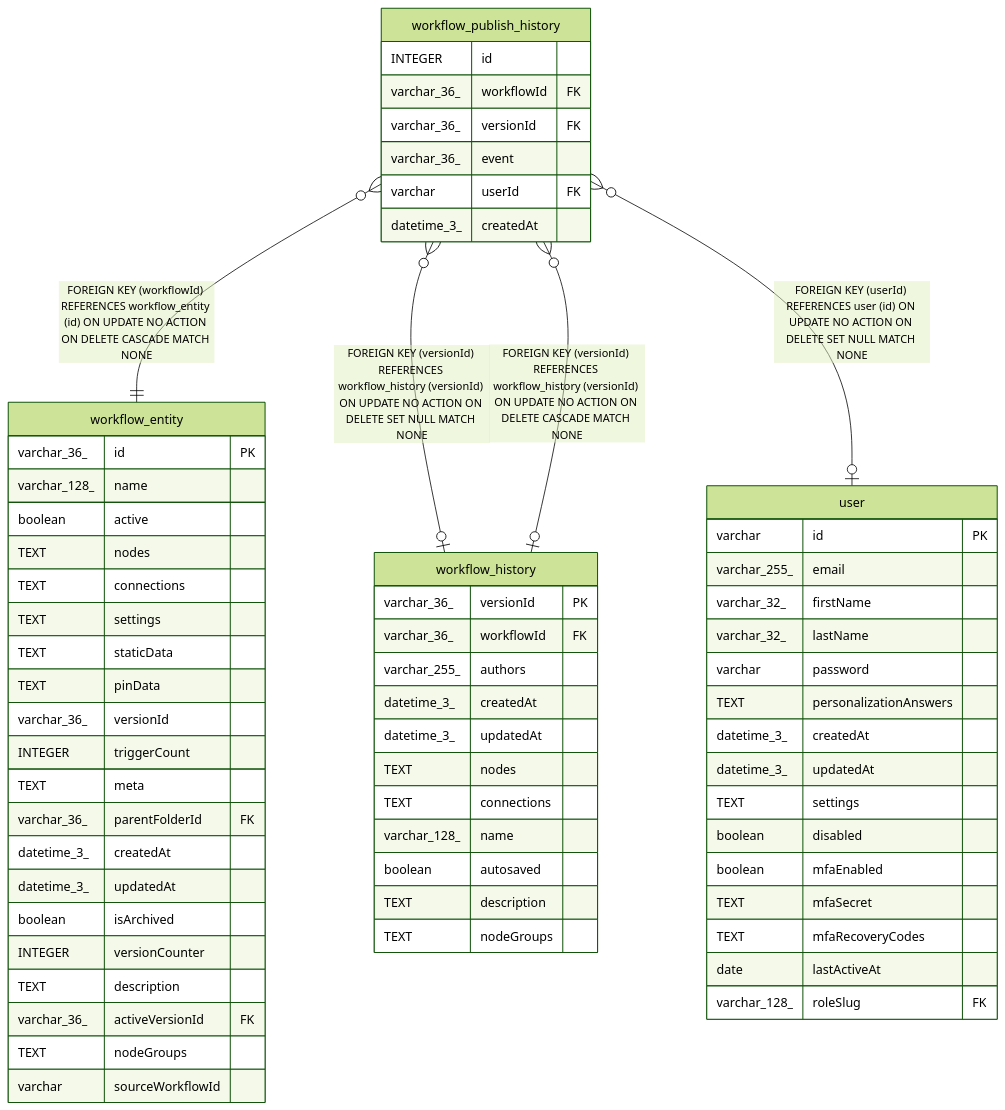
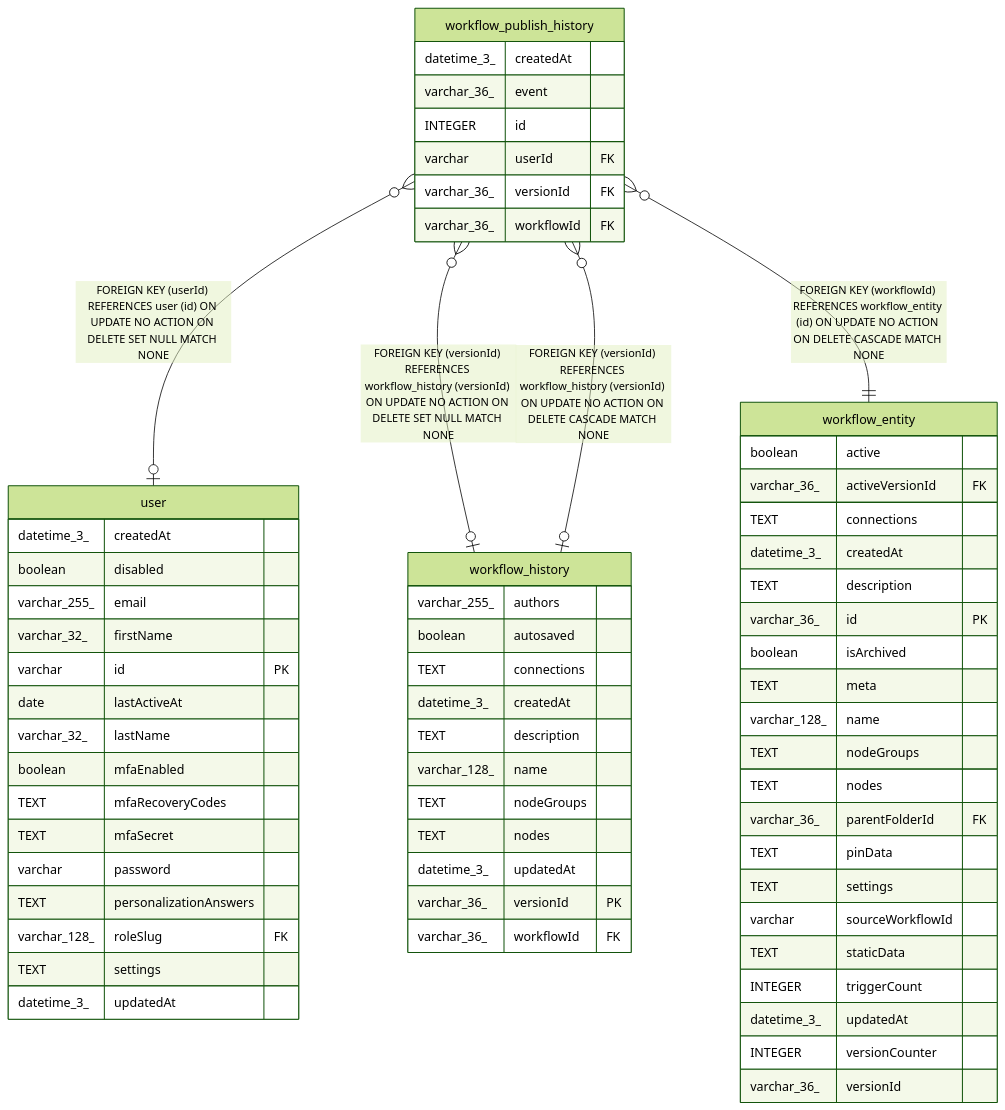
Before and after one commit to mayankjain1815-commits/n8n: the diagram in docs/generated/sqlite-schema/workflow_publish_history.md, drawn with Mermaid (forest theme). The commit also changed other lines of this file and 221 other files, not shown here.

Commit message:
chore(core): Make DB schema docs generation deterministic (#32373)

````diff
--- a/docs/generated/sqlite-schema/workflow_publish_history.md
+++ b/docs/generated/sqlite-schema/workflow_publish_history.md
@@ -44,69 +44,69 @@
 ```mermaid
 erDiagram
 
-"workflow_publish_history" }o--|| "workflow_entity" : "FOREIGN KEY (workflowId) REFERENCES workflow_entity (id) ON UPDATE NO ACTION ON DELETE CASCADE MATCH NONE"
+"workflow_publish_history" }o--o| "user" : "FOREIGN KEY (userId) REFERENCES user (id) ON UPDATE NO ACTION ON DELETE SET NULL MATCH NONE"
 "workflow_publish_history" }o--o| "workflow_history" : "FOREIGN KEY (versionId) REFERENCES workflow_history (versionId) ON UPDATE NO ACTION ON DELETE SET NULL MATCH NONE"
 "workflow_publish_history" }o--o| "workflow_history" : "FOREIGN KEY (versionId) REFERENCES workflow_history (versionId) ON UPDATE NO ACTION ON DELETE CASCADE MATCH NONE"
-"workflow_publish_history" }o--o| "user" : "FOREIGN KEY (userId) REFERENCES user (id) ON UPDATE NO ACTION ON DELETE SET NULL MATCH NONE"
+"workflow_publish_history" }o--|| "workflow_entity" : "FOREIGN KEY (workflowId) REFERENCES workflow_entity (id) ON UPDATE NO ACTION ON DELETE CASCADE MATCH NONE"
 
 "workflow_publish_history" {
+  datetime_3_ createdAt
+  varchar_36_ event
   INTEGER id
+  varchar userId FK
+  varchar_36_ versionId FK
   varchar_36_ workflowId FK
-  varchar_36_ versionId FK
-  varchar_36_ event
-  varchar userId FK
+}
+"user" {
   datetime_3_ createdAt
+  boolean disabled
+  varchar_255_ email
+  varchar_32_ firstName
+  varchar id PK
+  date lastActiveAt
+  varchar_32_ lastName
+  boolean mfaEnabled
+  TEXT mfaRecoveryCodes
+  TEXT mfaSecret
+  varchar password
+  TEXT personalizationAnswers
+  varchar_128_ roleSlug FK
+  TEXT settings
+  datetime_3_ updatedAt
+}
+"workflow_history" {
+  varchar_255_ authors
+  boolean autosaved
+  TEXT connections
+  datetime_3_ createdAt
+  TEXT description
+  varchar_128_ name
+  TEXT nodeGroups
+  TEXT nodes
+  datetime_3_ updatedAt
+  varchar_36_ versionId PK
+  varchar_36_ workflowId FK
 }
 "workflow_entity" {
+  boolean active
+  varchar_36_ activeVersionId FK
+  TEXT connections
+  datetime_3_ createdAt
+  TEXT description
   varchar_36_ id PK
+  boolean isArchived
+  TEXT meta
   varchar_128_ name
-  boolean active
+  TEXT nodeGroups
   TEXT nodes
-  TEXT connections
+  varchar_36_ parentFolderId FK
+  TEXT pinData
   TEXT settings
+  varchar sourceWorkflowId
   TEXT staticData
-  TEXT pinData
+  INTEGER triggerCount
+  datetime_3_ updatedAt
+  INTEGER versionCounter
   varchar_36_ versionId
-  INTEGER triggerCount
-  TEXT meta
-  varchar_36_ parentFolderId FK
-  datetime_3_ createdAt
-  datetime_3_ updatedAt
-  boolean isArchived
-  INTEGER versionCounter
-  TEXT description
-  varchar_36_ activeVersionId FK
-  TEXT nodeGroups
-  varchar sourceWorkflowId
-}
-"workflow_history" {
-  varchar_36_ versionId PK
-  varchar_36_ workflowId FK
-  varchar_255_ authors
-  datetime_3_ createdAt
-  datetime_3_ updatedAt
-  TEXT nodes
-  TEXT connections
-  varchar_128_ name
-  boolean autosaved
-  TEXT description
-  TEXT nodeGroups
-}
-"user" {
-  varchar id PK
-  varchar_255_ email
-  varchar_32_ firstName
-  varchar_32_ lastName
-  varchar password
-  TEXT personalizationAnswers
-  datetime_3_ createdAt
-  datetime_3_ updatedAt
-  TEXT settings
-  boolean disabled
-  boolean mfaEnabled
-  TEXT mfaSecret
-  TEXT mfaRecoveryCodes
-  date lastActiveAt
-  varchar_128_ roleSlug FK
 }
 ```
````
